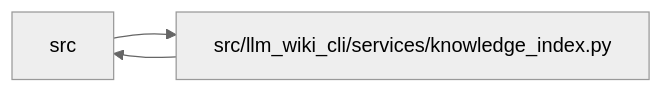
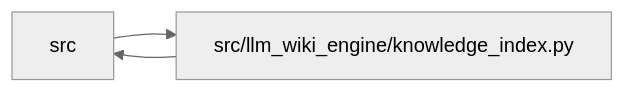
One commit to Denissvgn/python-wiki-llm changed the diagram in docs/llm_wiki/modules/knowledge_index.md. Above: the diagram before and after it, drawn with Mermaid (neutral theme). The commit also changed other lines of this file and 1058 other files, not shown here.

First line of the commit message:
docs: refresh the wiki for the knowledge store move

````diff
--- a/docs/llm_wiki/modules/knowledge_index.md
+++ b/docs/llm_wiki/modules/knowledge_index.md
@@ -61,8 +61,8 @@
 ```mermaid
 flowchart LR
     n0["src"]
-    n1["src/llm_wiki_cli/services/knowledge_index.py"]
+    n1["src/llm_wiki_engine/knowledge_index.py"]
     n0 --> n1
     n1 --> n0
     click n1 "../modules/knowledge_index.md"
 ```
````
